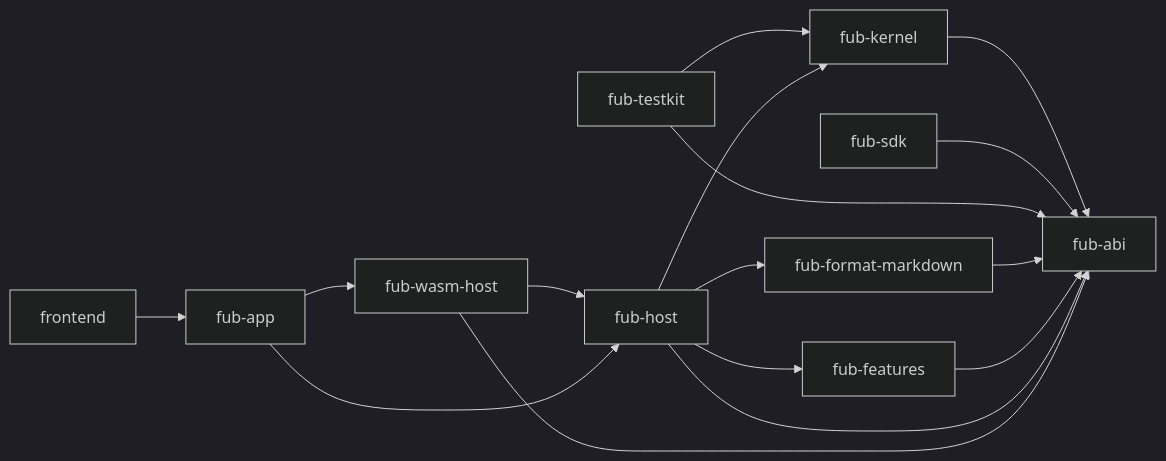
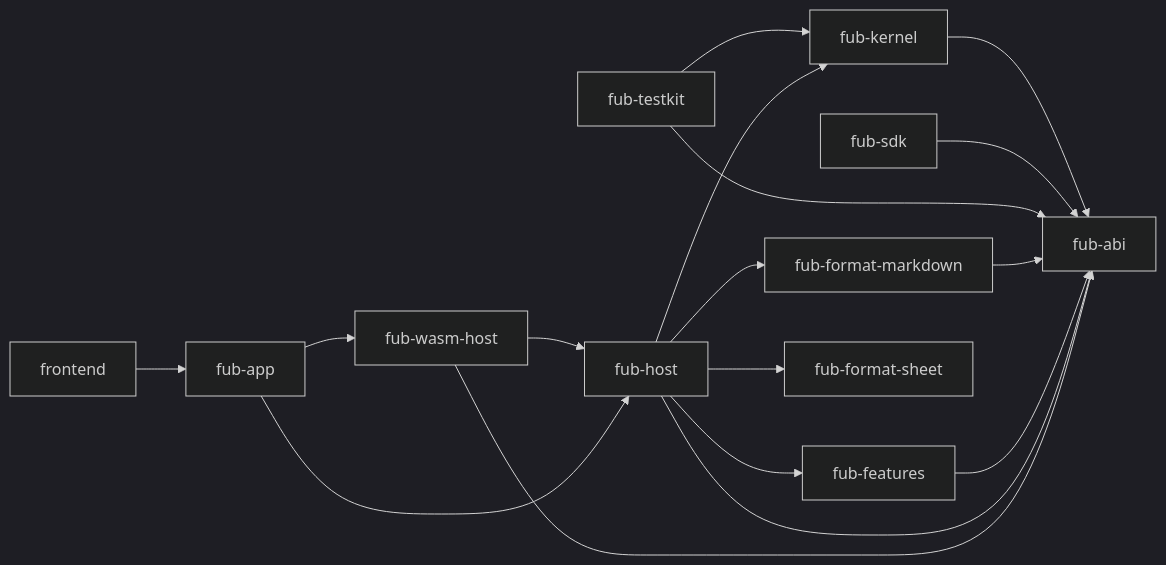
The diagram in docs/architecture/components-and-boundaries.md (Fubeo/Fub), drawn with Mermaid (dark theme) before and after one commit. The commit also changed other lines of this file and 19 other files, not shown here.

````diff
--- a/docs/architecture/components-and-boundaries.md
+++ b/docs/architecture/components-and-boundaries.md
@@ -9,19 +9,20 @@
 ```mermaid
 flowchart LR
     ABI["fub-abi"]
     KERNEL["fub-kernel"] --> ABI
     SDK["fub-sdk"] --> ABI
     TESTKIT["fub-testkit"] --> KERNEL
     TESTKIT --> ABI
     MARKDOWN["fub-format-markdown"] --> ABI
     FEATURES["fub-features"] --> ABI
     HOST["fub-host"] --> KERNEL
     HOST --> ABI
     HOST --> FEATURES
     HOST --> MARKDOWN
+    HOST --> SHEET["fub-format-sheet"]
     WASM["fub-wasm-host"] --> ABI
     WASM --> HOST
     APP["fub-app"] --> HOST
     APP --> WASM
     FRONTEND["frontend"] --> APP
 ```
````
